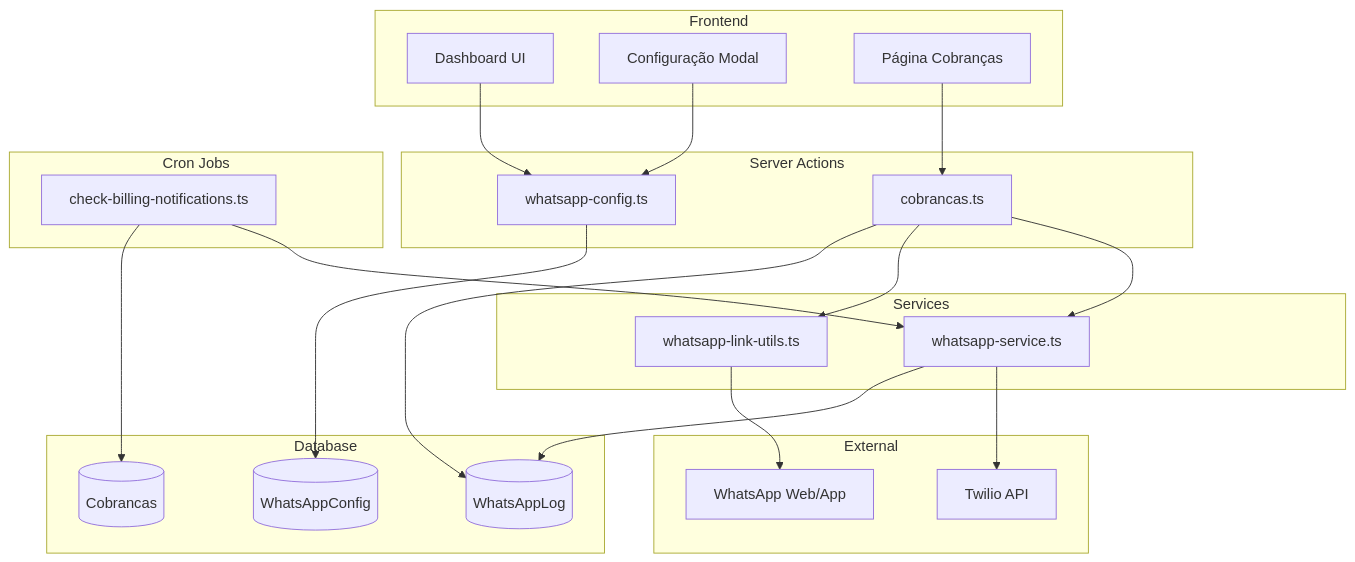
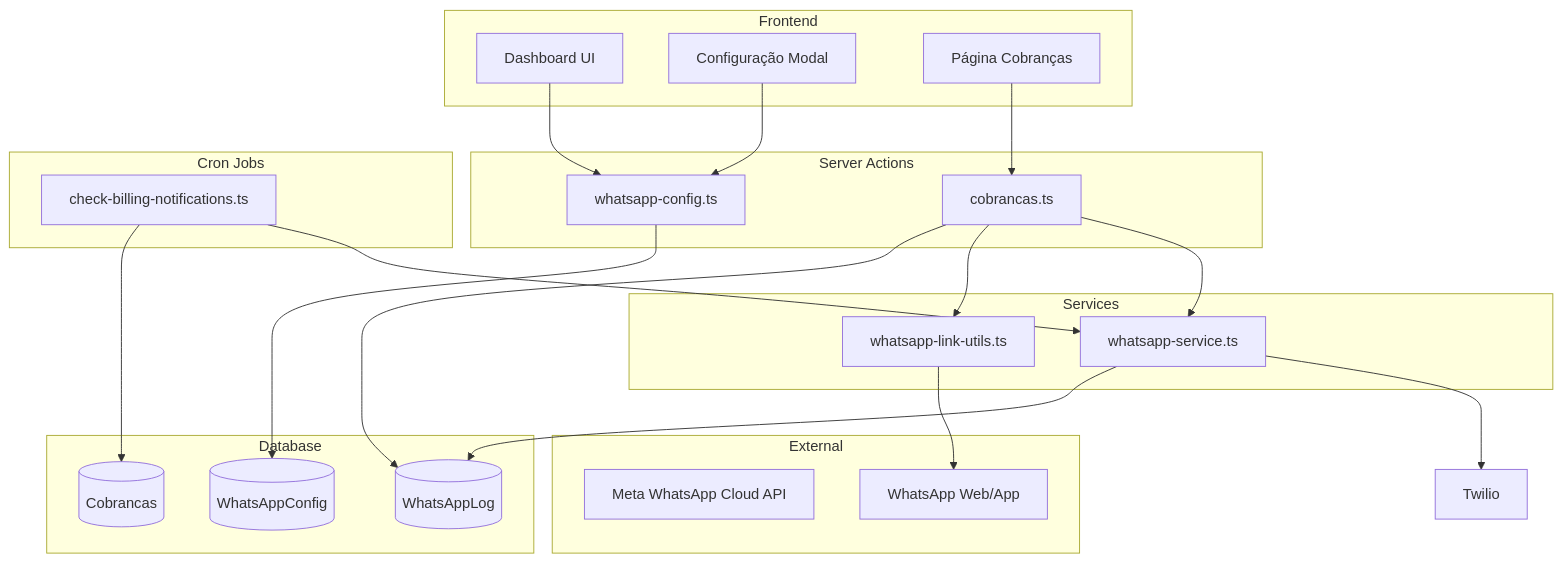
Before and after one commit to MateusNGF/streamshare: the first of 8 diagrams in docs/features/WHATSAPP_INTEGRATION.md, drawn with Mermaid. The commit also changed other lines of this file and 3 other files, not shown here.

Commit message:
feat: change to api official meta

````diff
--- a/docs/features/WHATSAPP_INTEGRATION.md
+++ b/docs/features/WHATSAPP_INTEGRATION.md
@@ -39,50 +39,50 @@
 ```mermaid
 graph TB
     subgraph Frontend
         UI[Dashboard UI]
         Modal[Configuração Modal]
         CobrancasPage[Página Cobranças]
     end
     
     subgraph Server Actions
         ConfigAction[whatsapp-config.ts]
         CobrancasAction[cobrancas.ts]
     end
     
     subgraph Services
         WhatsAppService[whatsapp-service.ts]
         LinkUtils[whatsapp-link-utils.ts]
     end
     
     subgraph External
-        Twilio[Twilio API]
+        MetaAPI[Meta WhatsApp Cloud API]
         WhatsAppWeb[WhatsApp Web/App]
     end
     
     subgraph Cron Jobs
         BillingCron[check-billing-notifications.ts]
     end
     
     subgraph Database
         WhatsAppConfig[(WhatsAppConfig)]
         WhatsAppLog[(WhatsAppLog)]
         Cobrancas[(Cobrancas)]
     end
     
     UI --> ConfigAction
     Modal --> ConfigAction
     CobrancasPage --> CobrancasAction
     
     ConfigAction --> WhatsAppConfig
     CobrancasAction --> WhatsAppService
     CobrancasAction --> LinkUtils
     
     WhatsAppService --> Twilio
     WhatsAppService --> WhatsAppLog
     LinkUtils --> WhatsAppWeb
     
     BillingCron --> WhatsAppService
     BillingCron --> Cobrancas
     
     CobrancasAction --> WhatsAppLog
 ```
````
